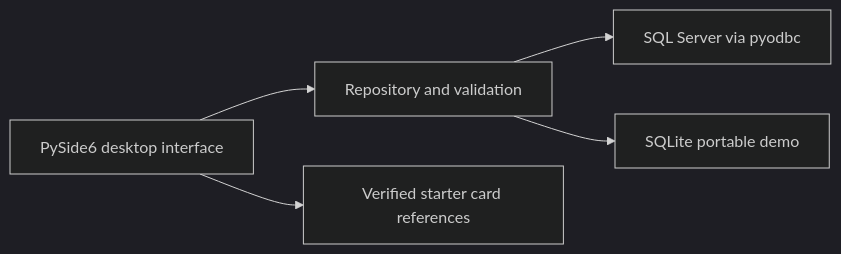
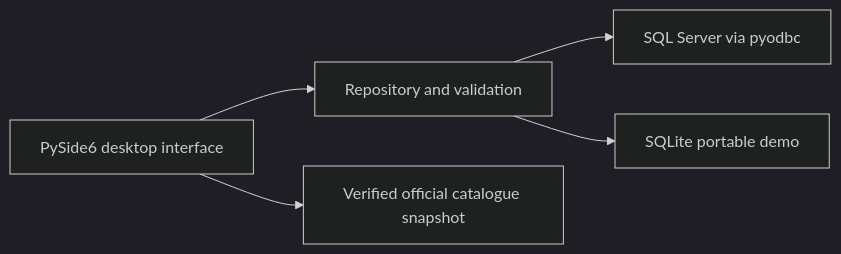
One commit to Lemmyz/palworld-tcg-collection changed the first of 2 diagrams in README.md. Above: the diagram before and after it, drawn with Mermaid (dark theme). The commit also changed other lines of this file and 275 other files, not shown here.

Commit message:
Import complete official English catalogue with all sets and printings

````diff
--- a/README.md
+++ b/README.md
@@ -90,7 +97,7 @@
 ```mermaid
 flowchart LR
     UI[PySide6 desktop interface] --> R[Repository and validation]
     R --> SQL[SQL Server via pyodbc]
     R --> Demo[SQLite portable demo]
-    UI --> Ref[Verified starter card references]
+    UI --> Ref[Verified official catalogue snapshot]
 ```
````
